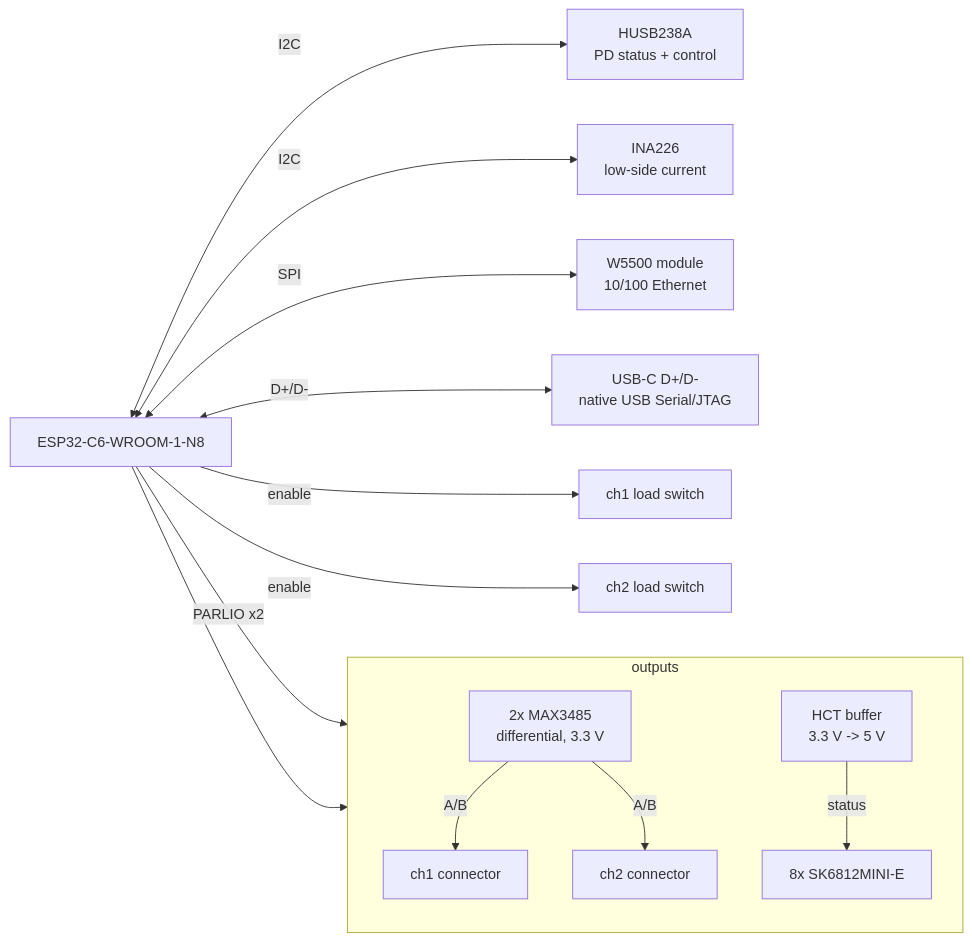
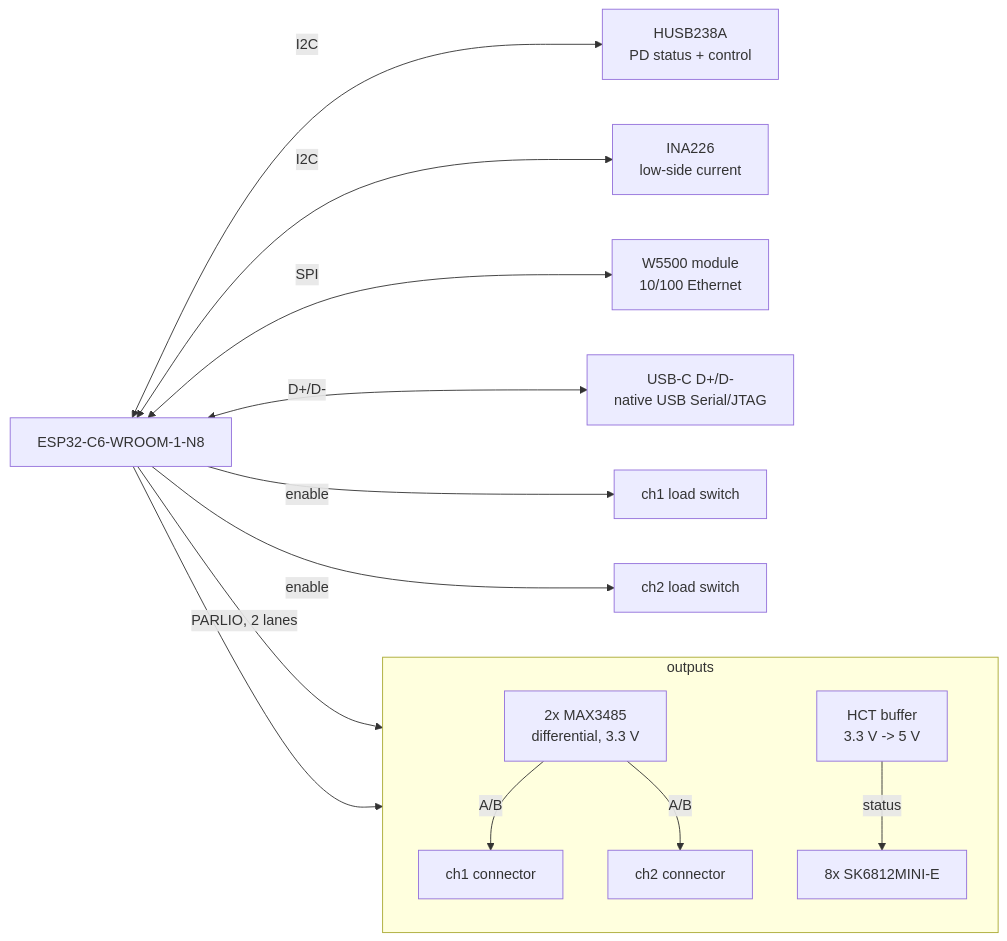
The second of 4 diagrams in designs/led-matrix-controller/README.md (lucsoft/pcb-design), drawn with Mermaid before and after one commit. The commit also changed other lines of this file and 4 other files, not shown here.

````diff
--- a/designs/led-matrix-controller/README.md
+++ b/designs/led-matrix-controller/README.md
@@ -105,29 +107,29 @@
 ```mermaid
 flowchart LR
     MCU["ESP32-C6-WROOM-1-N8"]
 
     PD["HUSB238A<br/>PD status + control"]
     INA["INA226<br/>low-side current"]
     ETH["W5500 module<br/>10/100 Ethernet"]
     USBD["USB-C D+/D-<br/>native USB Serial/JTAG"]
 
     subgraph OUTS["outputs"]
         direction TB
         RS485["2x MAX3485<br/>differential, 3.3 V"] -->|"A/B"| CN1["ch1 connector"]
         RS485 -->|"A/B"| CN2["ch2 connector"]
         BUF["HCT buffer<br/>3.3 V -> 5 V"]
         BUF -->|status| LEDS["8x SK6812MINI-E"]
     end
 
     SW1["ch1 load switch"]
     SW2["ch2 load switch"]
 
     MCU <-->|I2C| PD
     MCU <-->|I2C| INA
     MCU <-->|SPI| ETH
     MCU <-->|"D+/D-"| USBD
-    MCU -->|"PARLIO x2"| RS485
+    MCU -->|"PARLIO, 2 lanes"| RS485
     MCU --> BUF
     MCU -->|enable| SW1
     MCU -->|enable| SW2
 ```
````
